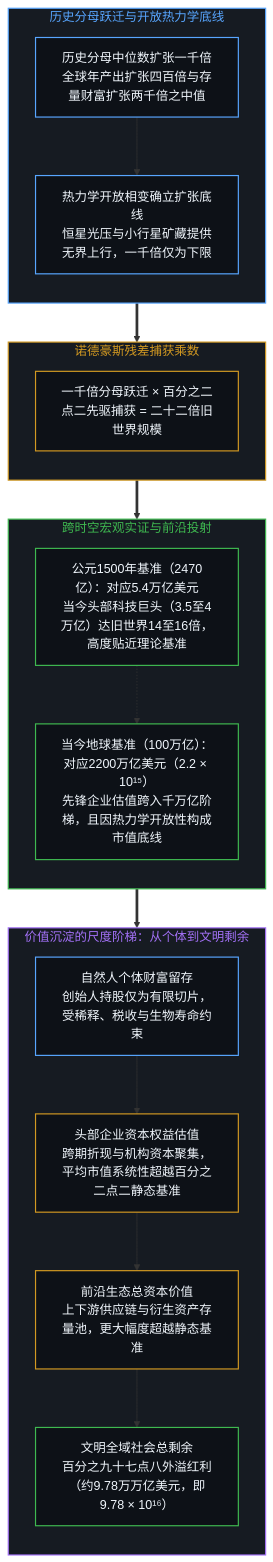
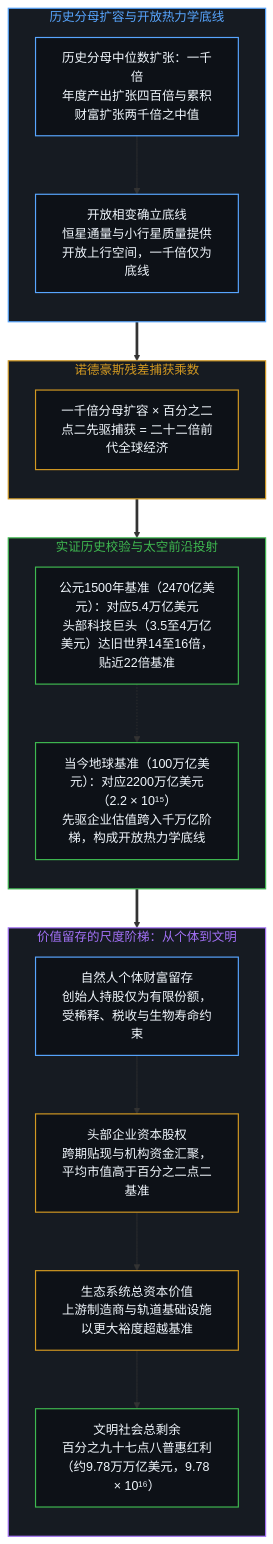
One commit to powerpig99/not-a-toe changed the seventh of 14 diagrams in content/posts/beyond-the-hundred-trillion-horizon.md. Above: the diagram before and after it, drawn with Mermaid. The commit also changed other lines of this file and 6 other files, not shown here.

````diff
--- a/content/posts/beyond-the-hundred-trillion-horizon.md
+++ b/content/posts/beyond-the-hundred-trillion-horizon.md
@@ -277,45 +249,39 @@
 ```mermaid
 flowchart TD
     classDef default fill:#0d1117,stroke:#30363d,stroke-width:1px,color:#f0f6fc;
     classDef mind fill:#0d1117,stroke:#3fb950,stroke-width:1.5px,color:#f0f6fc;
     classDef warn fill:#0d1117,stroke:#d29922,stroke-width:1.5px,color:#f0f6fc;
     classDef fail fill:#0d1117,stroke:#f85149,stroke-width:1.5px,color:#f0f6fc;
     classDef model fill:#0d1117,stroke:#58a6ff,stroke-width:1.5px,color:#f0f6fc;
-
-    subgraph S_DENOM_ZH ["历史分母跃迁与开放热力学底线"]
+    subgraph S_DENOM_ZH ["历史分母扩容与开放热力学底线"]
         direction TB
-        MEDIAN["历史分母中位数扩张一千倍<br/>全球年产出扩张四百倍与存量财富扩张两千倍之中值"]:::model
-        FLOOR["热力学开放相变确立扩张底线<br/>恒星光压与小行星矿藏提供无界上行，一千倍仅为下限"]:::model
+        MEDIAN["历史分母中位数扩张：一千倍<br/>年度产出扩张四百倍与累积财富扩张两千倍之中值"]:::model
+        FLOOR["开放相变确立底线<br/>恒星通量与小行星质量提供开放上行空间，一千倍仅为底线"]:::model
         MEDIAN --> FLOOR
     end
-
     subgraph S_FORMULA_ZH ["诺德豪斯残差捕获乘数"]
         direction TB
-        CALC["一千倍分母跃迁 × 百分之二点二先驱捕获 = 二十二倍旧世界规模"]:::warn
+        CALC["一千倍分母扩容 × 百分之二点二先驱捕获 = 二十二倍前代全球经济"]:::warn
     end
-
-    subgraph S_MAPPING_ZH ["跨时空宏观实证与前沿投射"]
+    subgraph S_MAPPING_ZH ["实证历史校验与太空前沿投射"]
         direction TB
-        HIST_VAL["公元1500年基准（2470亿）：对应5.4万亿美元<br/>当今头部科技巨头（3.5至4万亿）达旧世界14至16倍，高度贴近理论基准"]:::mind
-        SPACE_VAL["当今地球基准（100万亿）：对应2200万亿美元（2.2 × 10¹⁵）<br/>先锋企业估值跨入千万亿阶梯，且因热力学开放性构成市值底线"]:::mind
+        HIST_VAL["公元1500年基准（2470亿美元）：对应5.4万亿美元<br/>头部科技巨头（3.5至4万亿美元）达旧世界14至16倍，贴近22倍基准"]:::mind
+        SPACE_VAL["当今地球基准（100万亿美元）：对应2200万亿美元（2.2 × 10¹⁵）<br/>先驱企业估值跨入千万亿阶梯，构成开放热力学底线"]:::mind
         HIST_VAL -.-> SPACE_VAL
     end
-
-    subgraph S_LADDER_ZH ["价值沉淀的尺度阶梯：从个体到文明剩余"]
+    subgraph S_LADDER_ZH ["价值留存的尺度阶梯：从个体到文明"]
         direction TB
-        INDIV["自然人个体财富留存<br/>创始人持股仅为有限切片，受稀释、税收与生物寿命约束"]:::model
-        CORP["头部企业资本权益估值<br/>跨期折现与机构资本聚集，平均市值系统性超越百分之二点二静态基准"]:::warn
-        ECOSYS["前沿生态总资本价值<br/>上下游供应链与衍生资产存量池，更大幅度超越静态基准"]:::warn
-        SURPLUS["文明全域社会总剩余<br/>百分之九十七点八外溢红利（约9.78万万亿美元，即9.78 × 10¹⁶）"]:::mind
+        INDIV["自然人个体财富留存<br/>创始人持股仅为有限份额，受稀释、税收与生物寿命约束"]:::model
+        CORP["头部企业资本股权<br/>跨期贴现与机构资金汇聚，平均市值高于百分之二点二基准"]:::warn
+        ECOSYS["生态系统总资本价值<br/>上游制造商与轨道基础设施以更大裕度超越基准"]:::warn
+        SURPLUS["文明社会总剩余<br/>百分之九十七点八普惠红利（约9.78万万亿美元，9.78 × 10¹⁶）"]:::mind
         INDIV --> CORP --> ECOSYS --> SURPLUS
     end
-
     S_DENOM_ZH ==> S_FORMULA_ZH
     S_FORMULA_ZH ==> S_MAPPING_ZH
     S_MAPPING_ZH ==> S_LADDER_ZH
-
     style S_DENOM_ZH fill:#161b22,stroke:#58a6ff,stroke-width:1.5px,color:#58a6ff
     style S_FORMULA_ZH fill:#161b22,stroke:#d29922,stroke-width:1.5px,color:#d29922
     style S_MAPPING_ZH fill:#161b22,stroke:#3fb950,stroke-width:1.5px,color:#3fb950
     style S_LADDER_ZH fill:#161b22,stroke:#a371f7,stroke-width:1.5px,color:#a371f7
 ```
````
